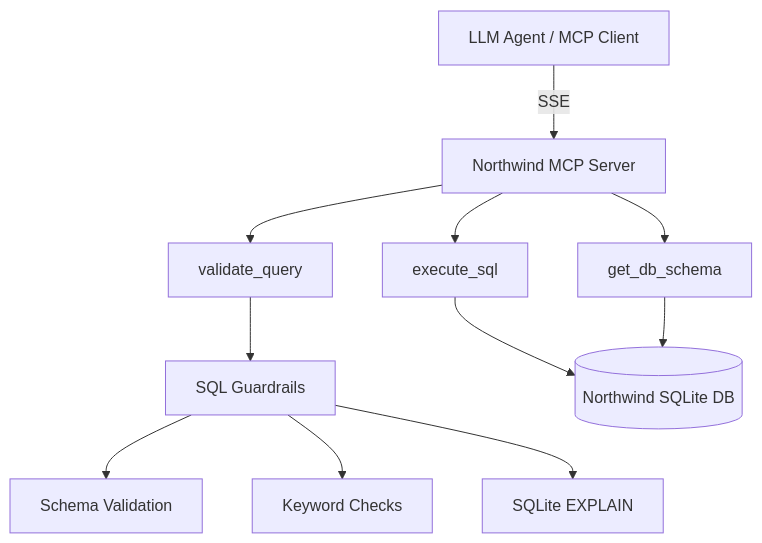
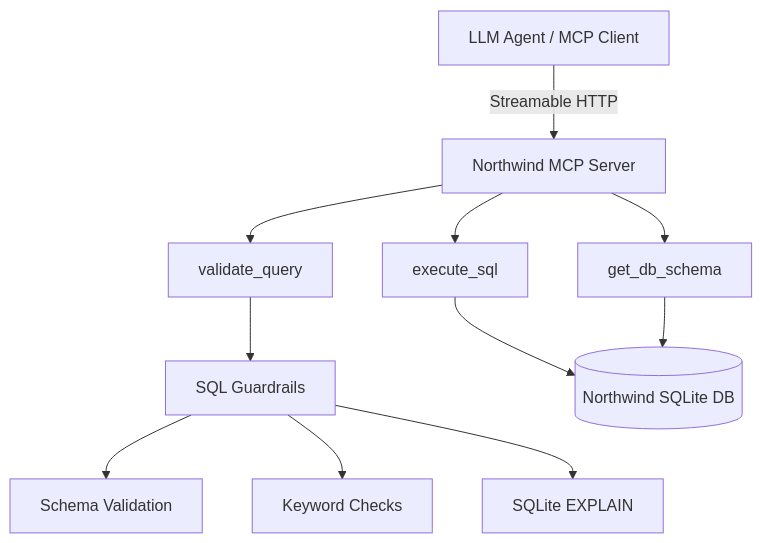
Before and after one commit to sbennet2k/northwind-mcp: the second of 2 diagrams in README.md, drawn with Mermaid. The commit also changed other lines of this file and 2 other files, not shown here.

Commit message:
streamable_http_app changes

````diff
--- a/README.md
+++ b/README.md
@@ -72,17 +72,17 @@
 ```mermaid
 flowchart TD
-    A[LLM Agent / MCP Client] -->|SSE| B[Northwind MCP Server]
+    A[LLM Agent / MCP Client] -->|Streamable HTTP| B[Northwind MCP Server]
 
     B --> C[get_db_schema]
     B --> D[validate_query]
     B --> E[execute_sql]
 
     D --> F[SQL Guardrails]
     F --> G[Schema Validation]
     F --> H[Keyword Checks]
     F --> I[SQLite EXPLAIN]
 
     E --> J[(Northwind SQLite DB)]
 
     C --> J
 ```
````
